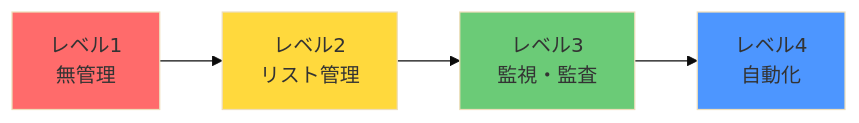
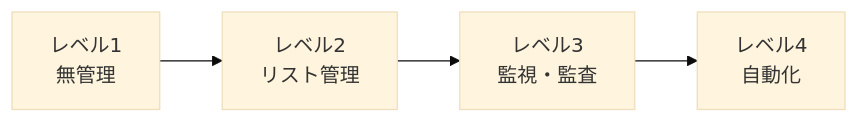
One commit to shuji-bonji/ai-agent-architecture changed the fourth of 4 diagrams in docs/08-security.md. Above: the diagram before and after it, drawn with Mermaid (base theme). The commit also changed 3 other files, not shown here.

Commit message:
fix: Mermaidエラーの解消

````diff
--- a/docs/08-security.md
+++ b/docs/08-security.md
@@ -362,11 +362,6 @@
 ```mermaid
 graph LR
     L1[レベル1<br/>無管理] --> L2[レベル2<br/>リスト管理]
     L2 --> L3[レベル3<br/>監視・監査]
     L3 --> L4[レベル4<br/>自動化]
-
-    style L1 fill:#ff6b6b
-    style L2 fill:#ffd93d
-    style L3 fill:#6bcb77
-    style L4 fill:#4d96ff
 ```
````
